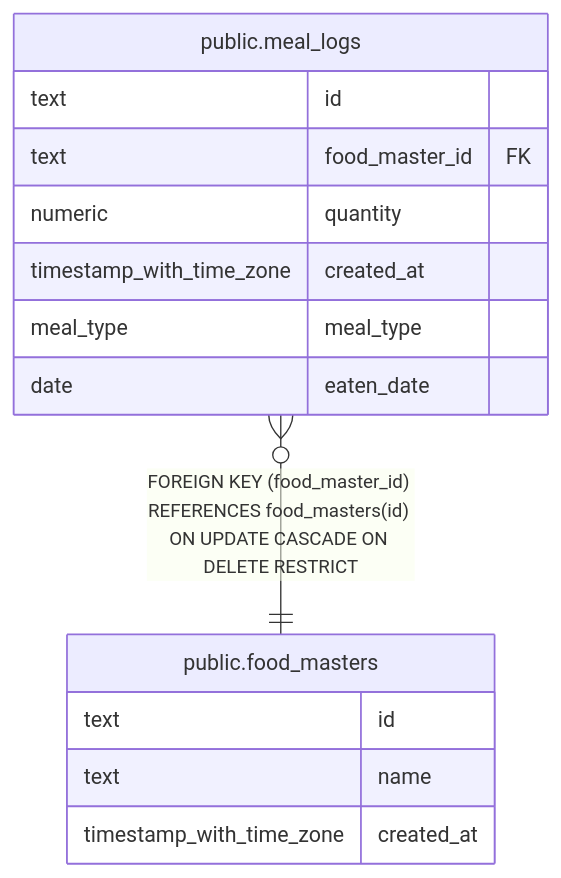
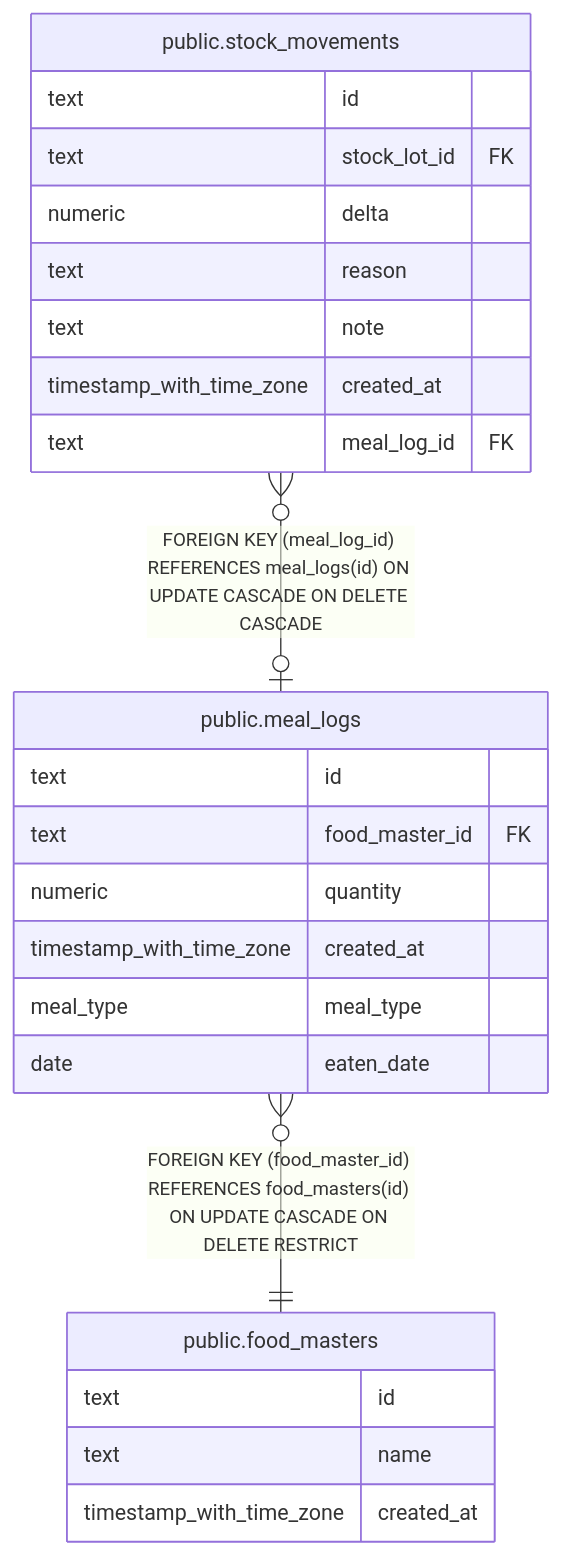
Before and after one commit to fohte/meshi: the diagram in docs/db/public.meal_logs.md, drawn with Mermaid. The commit also changed other lines of this file and 24 other files, not shown here.

Commit message:
meal-logs: sync stock with meal logs (#252)

````diff
--- a/docs/db/public.meal_logs.md
+++ b/docs/db/public.meal_logs.md
@@ -42,19 +42,29 @@
 ```mermaid
 erDiagram
 
+"public.stock_movements" }o--o| "public.meal_logs" : "FOREIGN KEY (meal_log_id) REFERENCES meal_logs(id) ON UPDATE CASCADE ON DELETE CASCADE"
 "public.meal_logs" }o--|| "public.food_masters" : "FOREIGN KEY (food_master_id) REFERENCES food_masters(id) ON UPDATE CASCADE ON DELETE RESTRICT"
 
 "public.meal_logs" {
   text id
   text food_master_id FK
   numeric quantity
   timestamp_with_time_zone created_at
   meal_type meal_type
   date eaten_date
 }
+"public.stock_movements" {
+  text id
+  text stock_lot_id FK
+  numeric delta
+  text reason
+  text note
+  timestamp_with_time_zone created_at
+  text meal_log_id FK
+}
 "public.food_masters" {
   text id
   text name
   timestamp_with_time_zone created_at
 }
 ```
````
